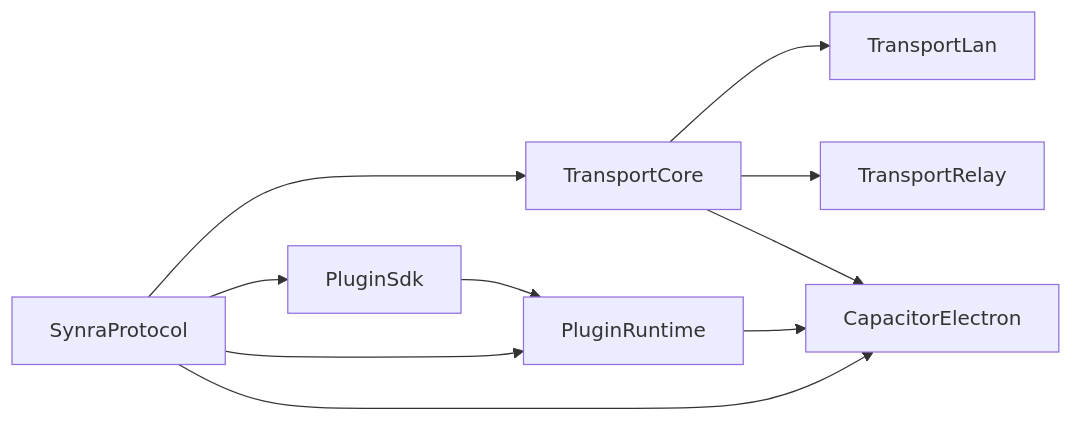
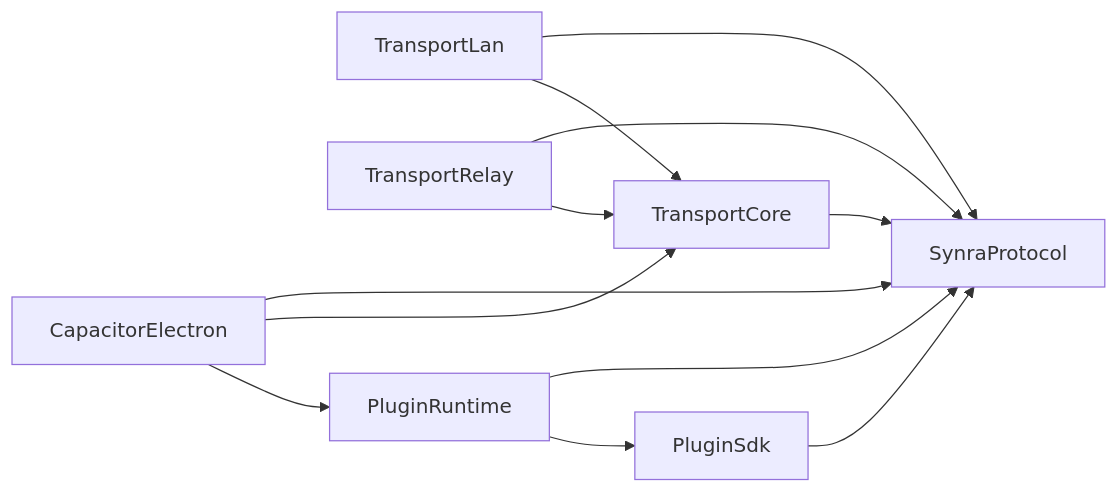
Before and after one commit to synra-app/synra: the diagram in ai-docs/main/package-splitting.md, drawn with Mermaid. The commit also changed other lines of this file and 9 other files, not shown here.

````diff
--- a/ai-docs/main/package-splitting.md
+++ b/ai-docs/main/package-splitting.md
@@ -72,12 +124,14 @@
 ```mermaid
 flowchart LR
-  protocolPkg[SynraProtocol] --> transportCorePkg[TransportCore]
-  protocolPkg --> pluginSdkPkg[PluginSdk]
-  transportCorePkg --> transportLanPkg[TransportLan]
-  transportCorePkg --> transportRelayPkg[TransportRelay]
-  pluginSdkPkg --> pluginRuntimePkg[PluginRuntime]
-  protocolPkg --> pluginRuntimePkg
-  pluginRuntimePkg --> capacitorElectronPkg[CapacitorElectron]
-  protocolPkg --> capacitorElectronPkg
-  transportCorePkg --> capacitorElectronPkg
+  transportCorePkg[TransportCore] --> protocolPkg[SynraProtocol]
+  transportLanPkg[TransportLan] --> transportCorePkg
+  transportLanPkg --> protocolPkg
+  transportRelayPkg[TransportRelay] --> transportCorePkg
+  transportRelayPkg --> protocolPkg
+  pluginSdkPkg[PluginSdk] --> protocolPkg
+  pluginRuntimePkg[PluginRuntime] --> pluginSdkPkg
+  pluginRuntimePkg --> protocolPkg
+  capacitorElectronPkg[CapacitorElectron] --> pluginRuntimePkg
+  capacitorElectronPkg --> transportCorePkg
+  capacitorElectronPkg --> protocolPkg
 ```
````
